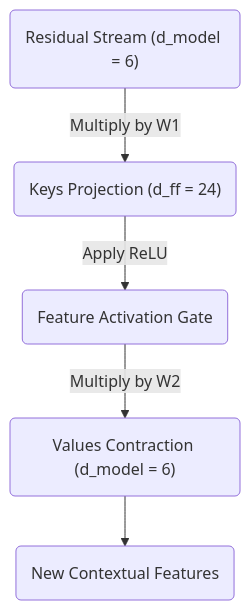
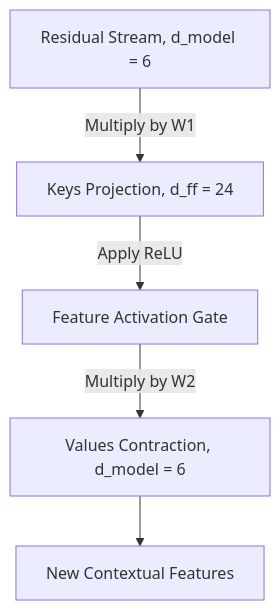
One commit to Lyd1aCla1r3/lyd1acla1r3.github.io changed the diagram in blog/content/series/transformers/chapter_11.md. Above: the diagram before and after it, drawn with Mermaid. The commit also changed other lines of this file and 114 other files, not shown here.

````diff
--- a/blog/content/series/transformers/chapter_11.md
+++ b/blog/content/series/transformers/chapter_11.md
@@ -96,7 +98,7 @@
 ```mermaid
 graph TD
-    A("Residual Stream (d_model = 6)") -->|Multiply by W1| B("Keys Projection (d_ff = 24)")
-    B -->|Apply ReLU| C("Feature Activation Gate")
-    C -->|Multiply by W2| D("Values Contraction (d_model = 6)")
-    D --> E("New Contextual Features")
+    A["Residual Stream, d_model = 6"] -->|Multiply by W1| B["Keys Projection, d_ff = 24"]
+    B -->|Apply ReLU| C["Feature Activation Gate"]
+    C -->|Multiply by W2| D["Values Contraction, d_model = 6"]
+    D --> E["New Contextual Features"]
 ```
````
